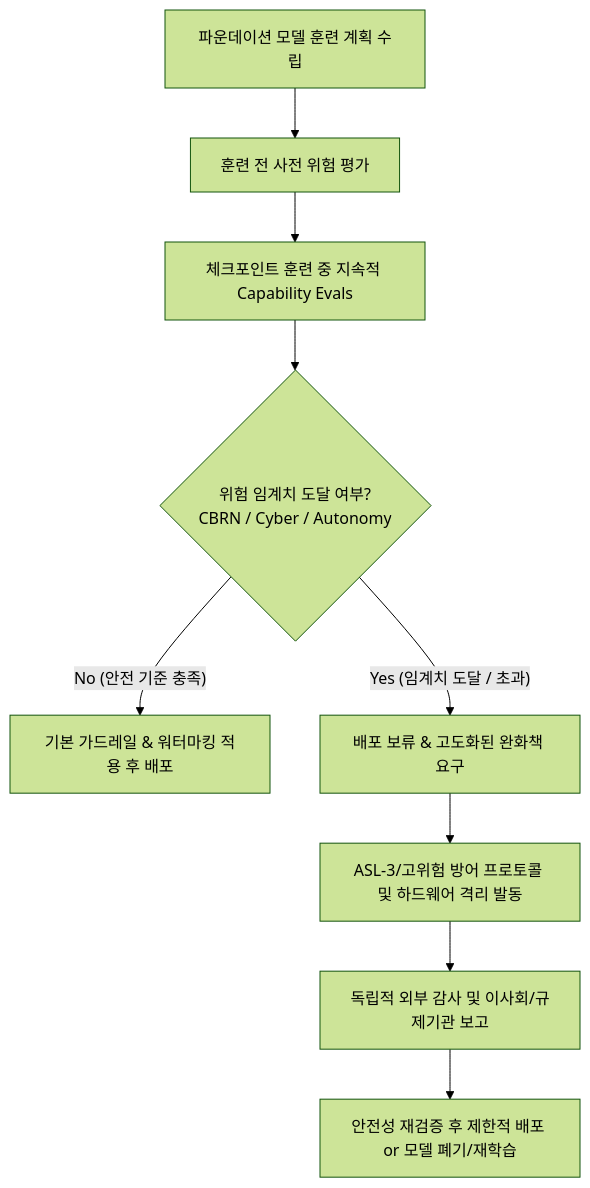
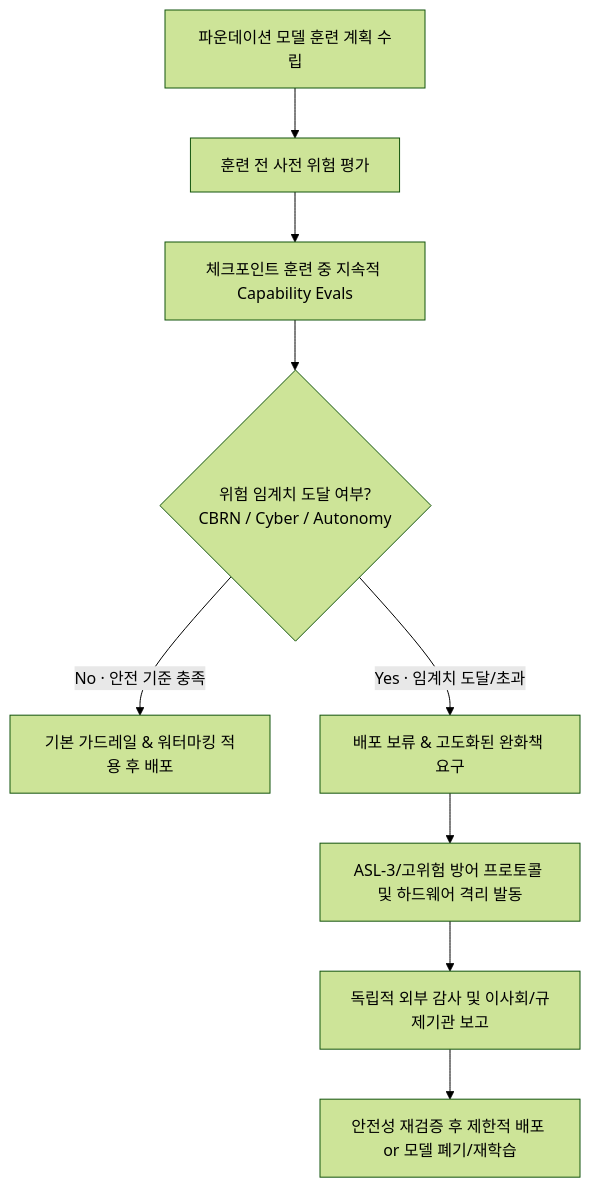
One commit to likerberi/corpuse changed the diagram in curriculum/track1_rsp_governance.md. Above: the diagram before and after it, drawn with Mermaid (forest theme). The commit also changed other lines of this file and 3 other files, not shown here.

````diff
--- a/curriculum/track1_rsp_governance.md
+++ b/curriculum/track1_rsp_governance.md
@@ -22,11 +22,11 @@
 ```mermaid
 flowchart TD
     A[파운데이션 모델 훈련 계획 수립] --> B[훈련 전 사전 위험 평가]
     B --> C[체크포인트 훈련 중 지속적 Capability Evals]
-    C --> D{위험 임계치 도달 여부?<br/>CBRN / Cyber / Autonomy}
-    D -- No (안전 기준 충족) --> E[기본 가드레일 & 워터마킹 적용 후 배포]
-    D -- Yes (임계치 도달 / 초과) --> F[배포 보류 & 고도화된 완화책 요구]
+    C --> D{"위험 임계치 도달 여부?<br/>CBRN / Cyber / Autonomy"}
+    D -- "No · 안전 기준 충족" --> E["기본 가드레일 & 워터마킹 적용 후 배포"]
+    D -- "Yes · 임계치 도달/초과" --> F["배포 보류 & 고도화된 완화책 요구"]
     F --> G[ASL-3/고위험 방어 프로토콜 및 하드웨어 격리 발동]
     G --> H[독립적 외부 감사 및 이사회/규제기관 보고]
     H --> I[안전성 재검증 후 제한적 배포 or 모델 폐기/재학습]
 ```
````
